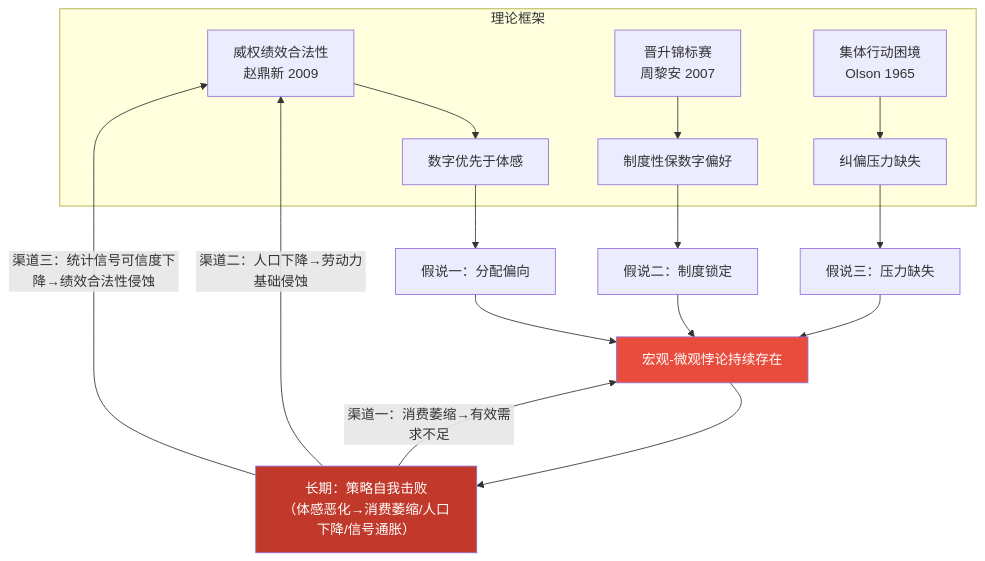
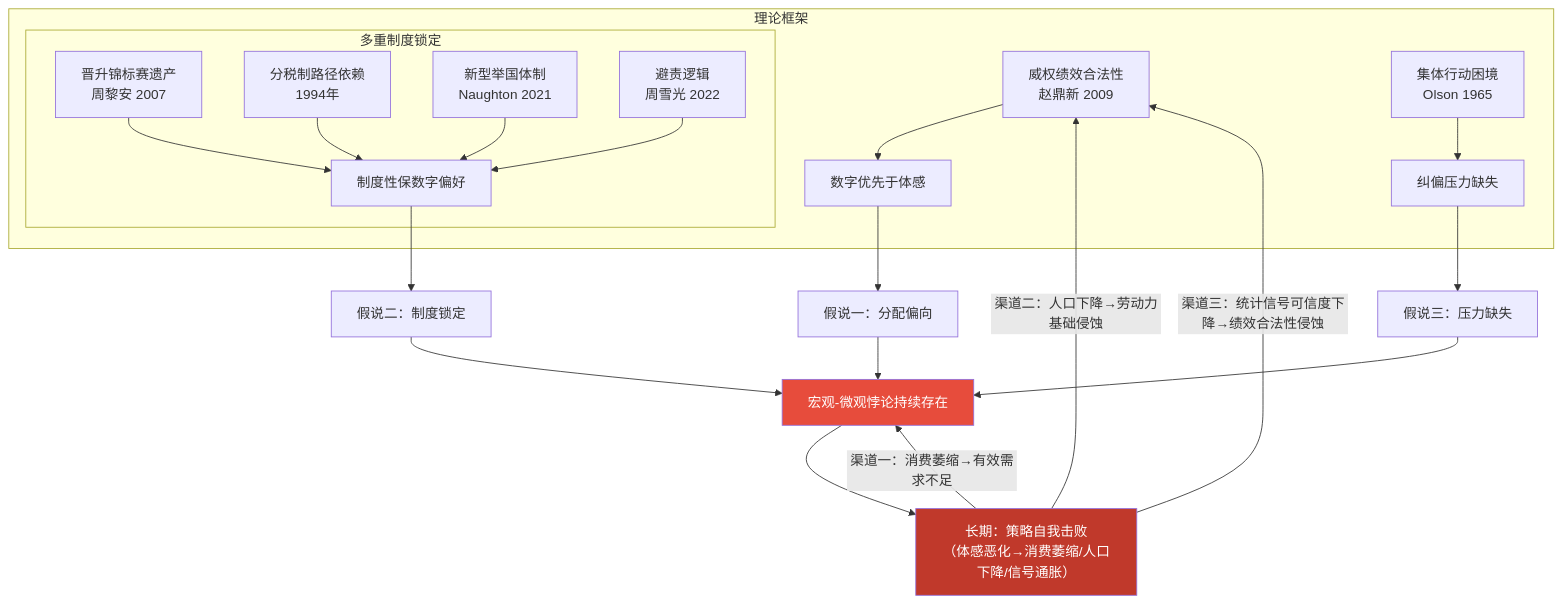
Before and after one commit to zhuganglie/newapp: the diagram in src/posts/china-macro-micro-economy.md, drawn with Mermaid. The commit also changed other lines of this file and 1 other file, not shown here.

````diff
--- a/src/posts/china-macro-micro-economy.md
+++ b/src/posts/china-macro-micro-economy.md
@@ -126,18 +126,23 @@
 ```mermaid
 flowchart TD
     subgraph 理论框架
         A["威权绩效合法性<br/>赵鼎新 2009"] --> D["数字优先于体感"]
-        B["晋升锦标赛<br/>周黎安 2007"] --> E["制度性保数字偏好"]
+        subgraph 多重制度锁定
+            B1["晋升锦标赛遗产<br/>周黎安 2007"] --> E["制度性保数字偏好"]
+            B2["分税制路径依赖<br/>1994年"] --> E
+            B3["新型举国体制<br/>Naughton 2021"] --> E
+            B4["避责逻辑<br/>周雪光 2022"] --> E
+        end
         C["集体行动困境<br/>Olson 1965"] --> F["纠偏压力缺失"]
     end
     D --> H1["假说一：分配偏向"]
     E --> H2["假说二：制度锁定"]
     F --> H3["假说三：压力缺失"]
     H1 & H2 & H3 --> R["宏观-微观悖论持续存在"]
     R --> X["长期：策略自我击败<br/>（体感恶化→消费萎缩/人口下降/信号通胀）"]
     X -->|"渠道一：消费萎缩→有效需求不足"| R
     X -->|"渠道二：人口下降→劳动力基础侵蚀"| A
     X -->|"渠道三：统计信号可信度下降→绩效合法性侵蚀"| A
     style R fill:#e74c3c,color:#fff
     style X fill:#c0392b,color:#fff
 ```
````
